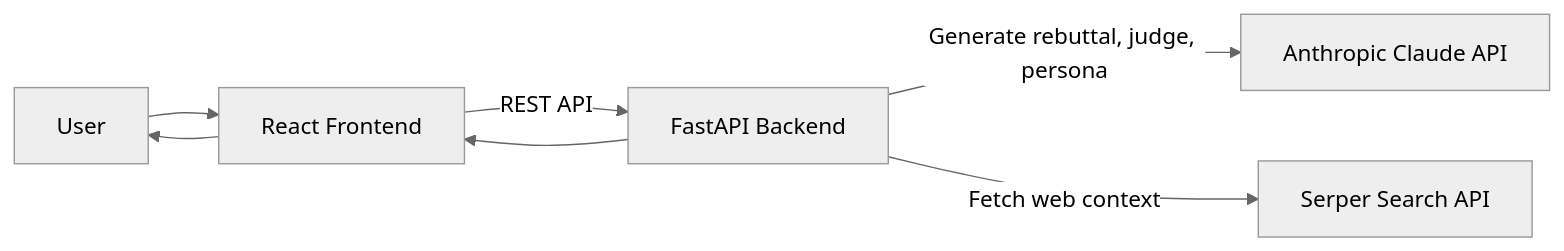
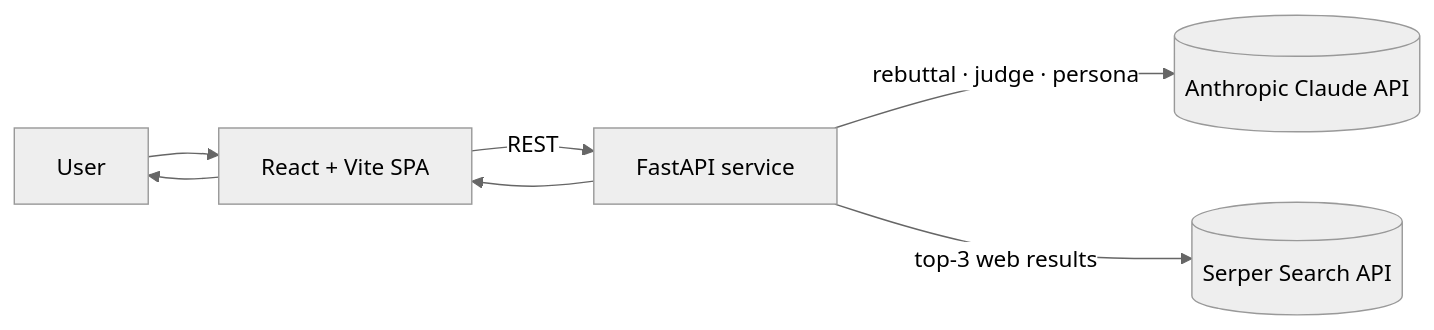
One commit to saltnpepper12/Sir-Interruptsalot changed the first of 2 diagrams in README.md. Above: the diagram before and after it, drawn with Mermaid (neutral theme). The commit also changed other lines of this file, not shown here.

````diff
--- a/README.md
+++ b/README.md
@@ -30,9 +69,9 @@
 ```mermaid
 flowchart LR
-    U[User] --> F[React Frontend]
-    F -->|REST API| B[FastAPI Backend]
-    B -->|Generate rebuttal, judge, persona| C[Anthropic Claude API]
-    B -->|Fetch web context| S[Serper Search API]
+    U[User] --> F[React + Vite SPA]
+    F -->|REST| B[FastAPI service]
+    B -->|rebuttal · judge · persona| C[(Anthropic Claude API)]
+    B -->|top-3 web results| S[(Serper Search API)]
     B --> F
     F --> U
 ```
````
